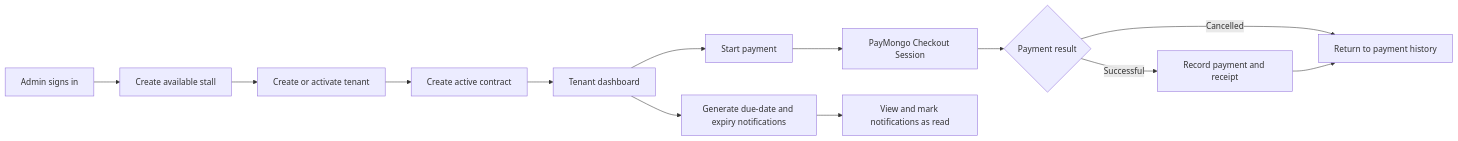
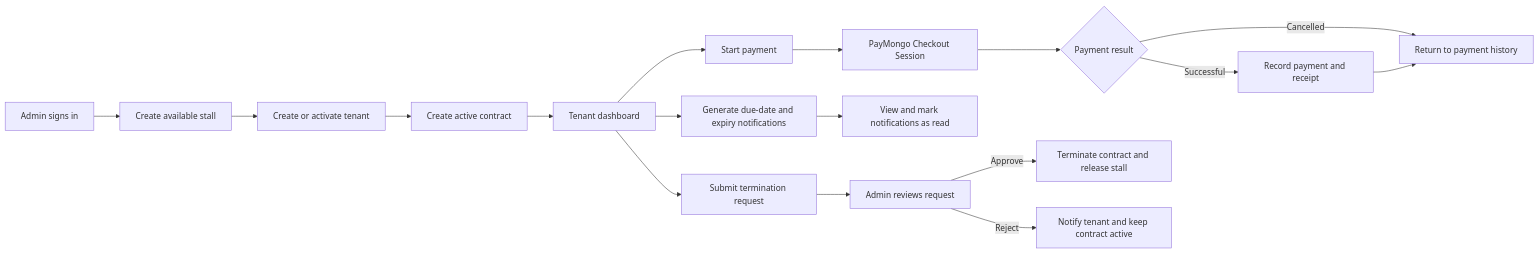
The second of 2 diagrams in README.md (YoursTrulyInarius/aj-alfresco), drawn with Mermaid before and after one commit. The commit also changed other lines of this file and 10 other files, not shown here.

````diff
--- a/README.md
+++ b/README.md
@@ -181,15 +187,19 @@
 ```mermaid
 flowchart LR
     Start[Admin signs in] --> Stall[Create available stall]
     Stall --> Tenant[Create or activate tenant]
     Tenant --> Contract[Create active contract]
     Contract --> Dashboard[Tenant dashboard]
     Dashboard --> Reminder[Generate due-date and expiry notifications]
     Dashboard --> Payment[Start payment]
     Payment --> Checkout[PayMongo Checkout Session]
     Checkout --> Result{Payment result}
     Result -->|Successful| Record[Record payment and receipt]
     Result -->|Cancelled| History[Return to payment history]
     Record --> History
     Reminder --> Notifications[View and mark notifications as read]
+    Dashboard --> Termination[Submit termination request]
+    Termination --> AdminReview[Admin reviews request]
+    AdminReview -->|Approve| Release[Terminate contract and release stall]
+    AdminReview -->|Reject| NotifyTenant[Notify tenant and keep contract active]
 ```
````
